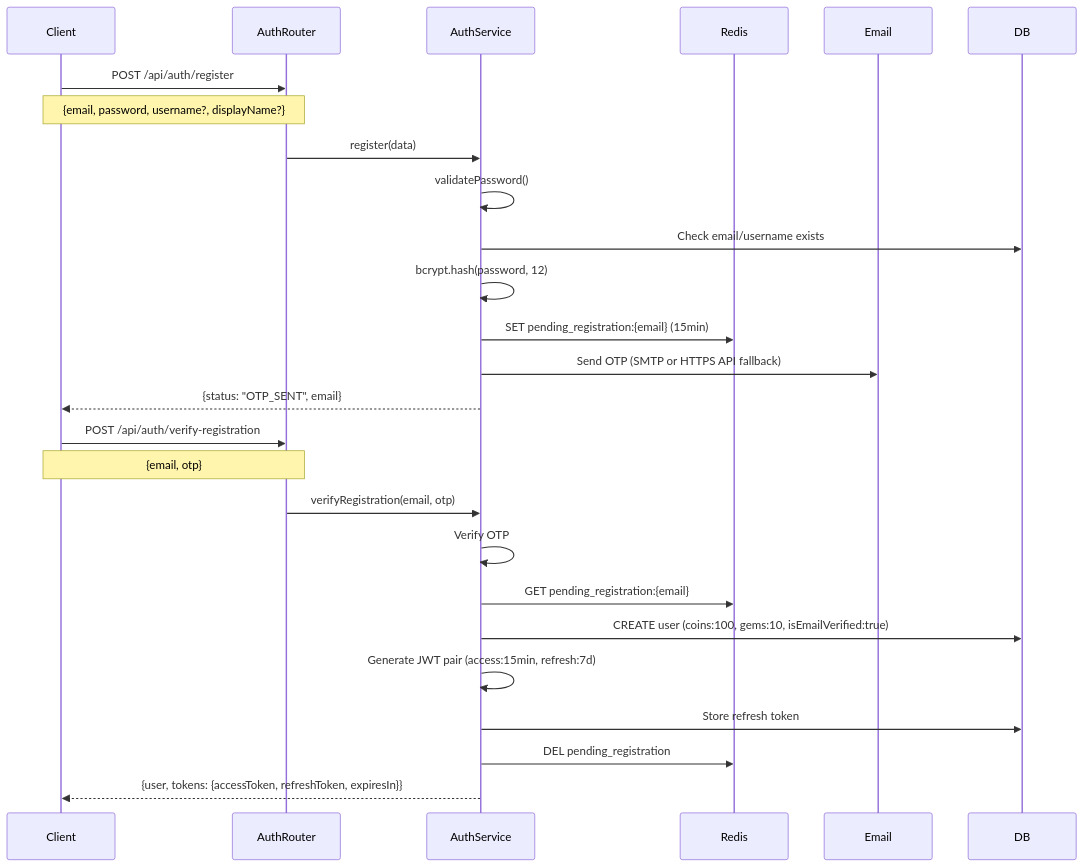
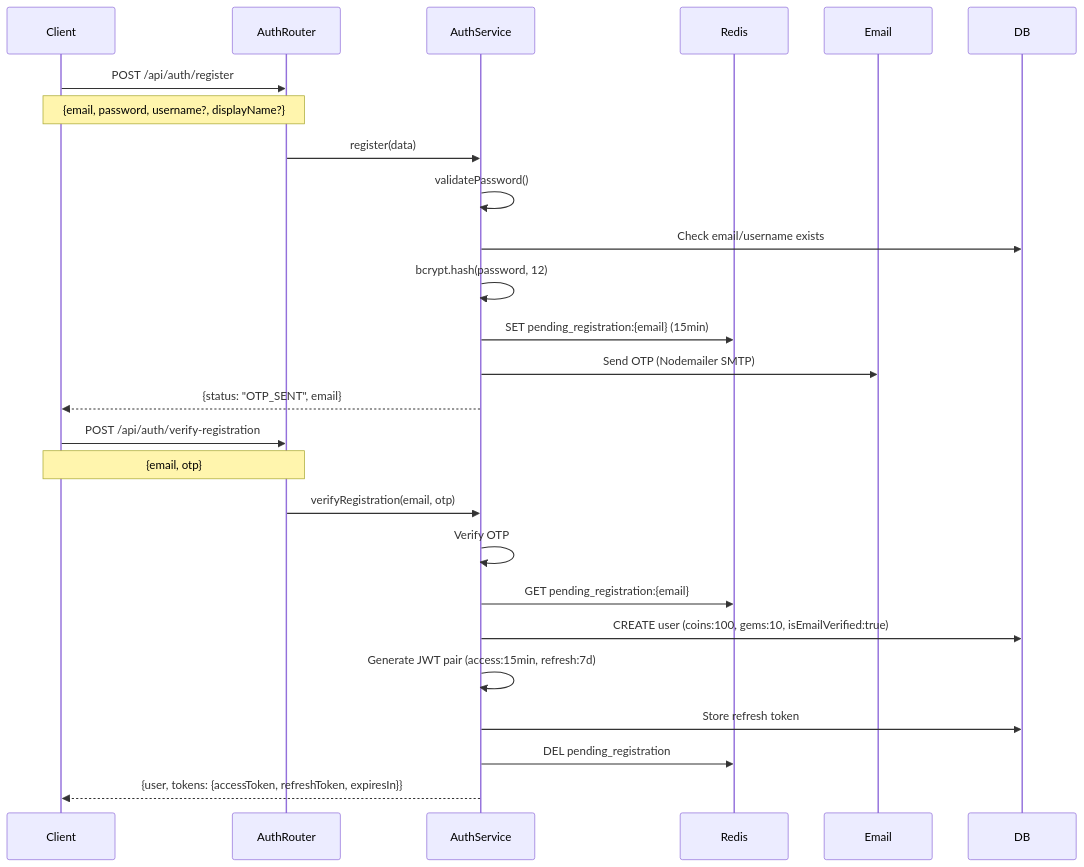
The diagram in docs/system/data-flows/registration-flow.md (haidonglethqb/VirtualGfriend), drawn with Mermaid before and after one commit. The commit also changed other lines of this file and 7 other files, not shown here.

````diff
--- a/docs/system/data-flows/registration-flow.md
+++ b/docs/system/data-flows/registration-flow.md
@@ -8,30 +8,30 @@
 ```mermaid
 sequenceDiagram
     participant Client
     participant AuthRouter
     participant AuthService
     participant Redis
     participant Email
     participant DB
 
     Client->>AuthRouter: POST /api/auth/register
     Note over Client,AuthRouter: {email, password, username?, displayName?}
     AuthRouter->>AuthService: register(data)
     AuthService->>AuthService: validatePassword()
     AuthService->>DB: Check email/username exists
     AuthService->>AuthService: bcrypt.hash(password, 12)
     AuthService->>Redis: SET pending_registration:{email} (15min)
-    AuthService->>Email: Send OTP (SMTP or HTTPS API fallback)
+    AuthService->>Email: Send OTP (Nodemailer SMTP)
     AuthService-->>Client: {status: "OTP_SENT", email}
 
     Client->>AuthRouter: POST /api/auth/verify-registration
     Note over Client,AuthRouter: {email, otp}
     AuthRouter->>AuthService: verifyRegistration(email, otp)
     AuthService->>AuthService: Verify OTP
     AuthService->>Redis: GET pending_registration:{email}
     AuthService->>DB: CREATE user (coins:100, gems:10, isEmailVerified:true)
     AuthService->>AuthService: Generate JWT pair (access:15min, refresh:7d)
     AuthService->>DB: Store refresh token
     AuthService->>Redis: DEL pending_registration
     AuthService-->>Client: {user, tokens: {accessToken, refreshToken, expiresIn}}
 ```
````
